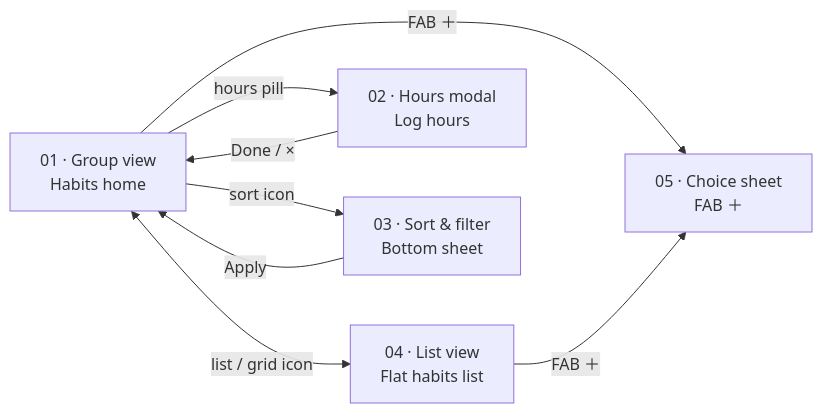
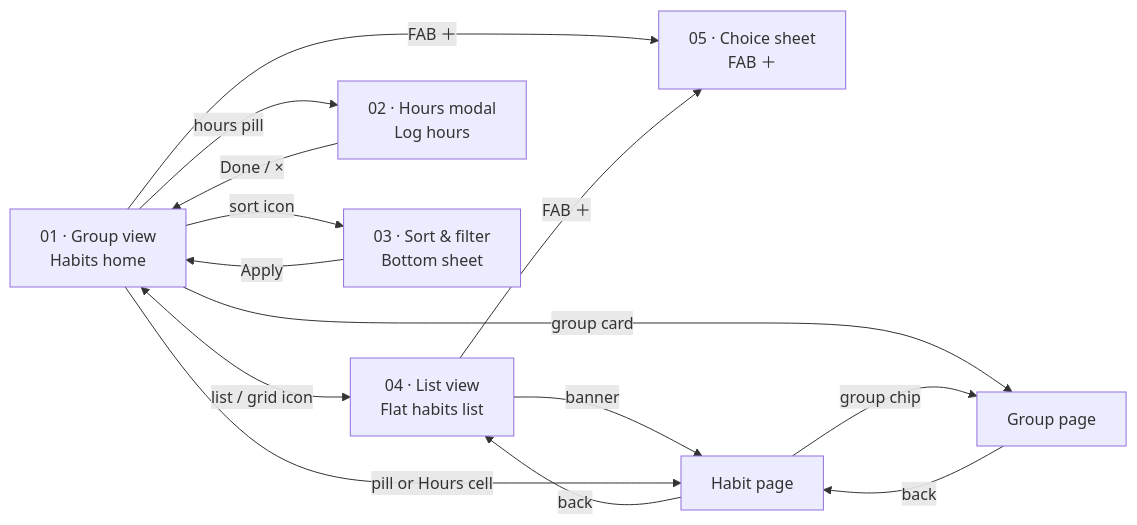
One commit to chintanKalkura/vinaya changed the diagram in docs/navigation/habits-section/01-main-views.md. Above: the diagram before and after it, drawn with Mermaid. The commit also changed 8 other files, not shown here.

Commit message:
Document the habit and group page shell, what opens it, the shared menus, and edit-form menus

````diff
--- a/docs/navigation/habits-section/01-main-views.md
+++ b/docs/navigation/habits-section/01-main-views.md
@@ -3,19 +3,28 @@
 ```mermaid
 flowchart LR
   G01["01 · Group view\nHabits home"]
   G04["04 · List view\nFlat habits list"]
   M02["02 · Hours modal\nLog hours"]
   M03["03 · Sort & filter\nBottom sheet"]
   CS["05 · Choice sheet\nFAB ＋"]
 
   G01 <-->|"list / grid icon"| G04
 
   G01 -->|"hours pill"| M02
   M02 -->|"Done / ×"| G01
 
   G01 -->|"sort icon"| M03
   M03 -->|"Apply"| G01
 
   G01 -->|"FAB ＋"| CS
   G04 -->|"FAB ＋"| CS
+
+  HP["Habit page"]
+  GP["Group page"]
+  G04 -->|"banner"| HP
+  G01 -->|"pill or Hours cell"| HP
+  G01 -->|"group card"| GP
+  HP -->|"group chip"| GP
+  GP -->|"back"| HP
+  HP -->|"back"| G04
 ```
````
